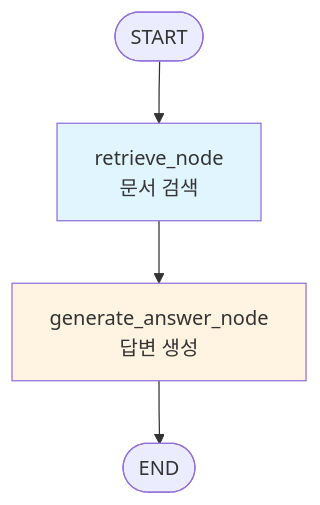
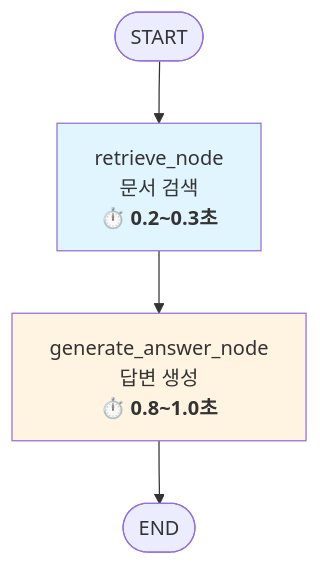
Before and after one commit to dkqpeo/obsidian: the seventh of 18 diagrams in QA_WORKFLOW.md, drawn with Mermaid. The commit also changed other lines of this file and 1 other file, not shown here.

Commit message:
다이어그램 추가.

````diff
--- a/QA_WORKFLOW.md
+++ b/QA_WORKFLOW.md
@@ -111,9 +129,9 @@
 ```mermaid
 graph TD
-    Start([START]) --> Retrieve[retrieve_node<br/>문서 검색]
-    Retrieve --> Generate[generate_answer_node<br/>답변 생성]
+    Start([START]) --> Retrieve[retrieve_node<br/>문서 검색<br/><b>⏱️ 0.2~0.3초</b>]
+    Retrieve --> Generate[generate_answer_node<br/>답변 생성<br/><b>⏱️ 0.8~1.0초</b>]
     Generate --> End([END])
 
     style Retrieve fill:#e1f5ff
     style Generate fill:#fff4e1
 ```
````
